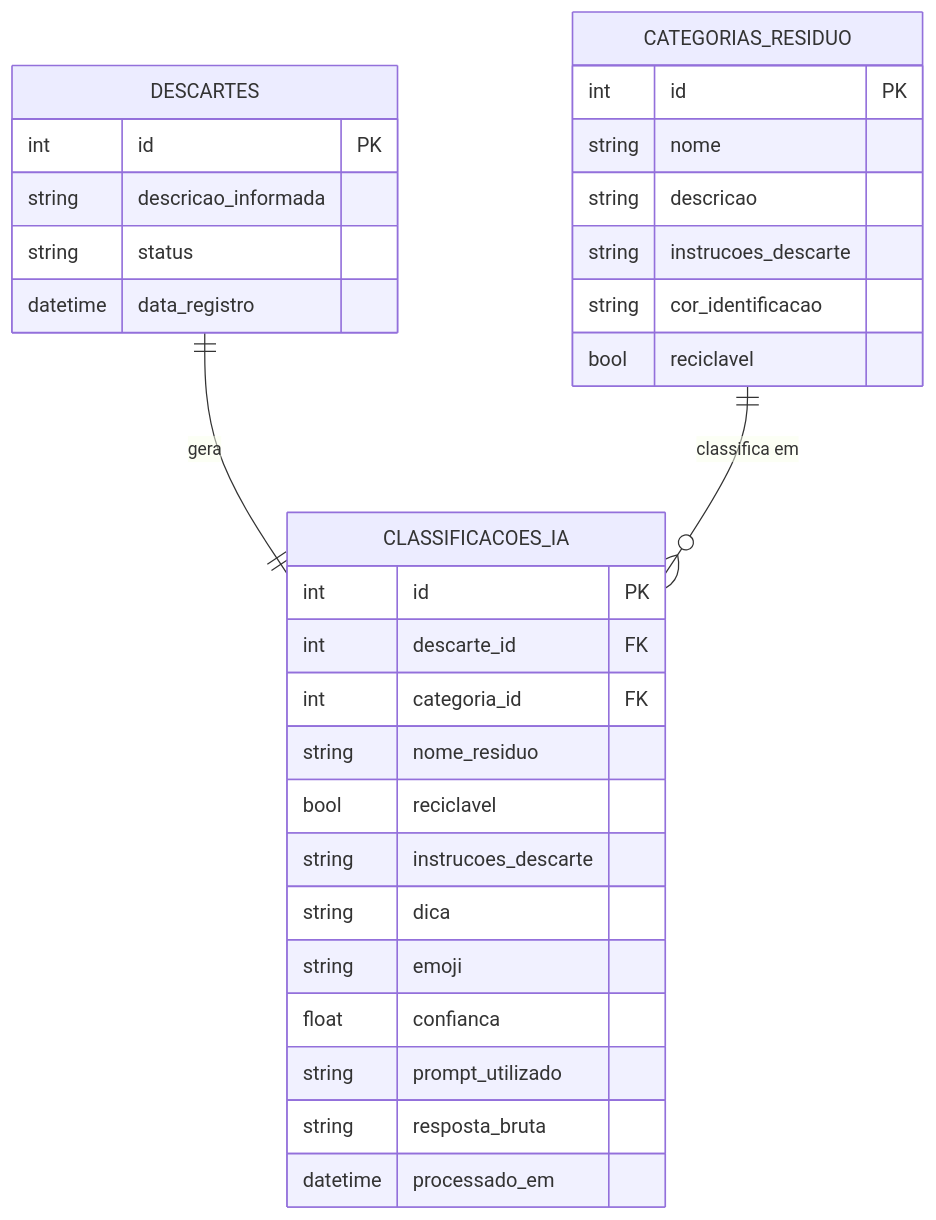
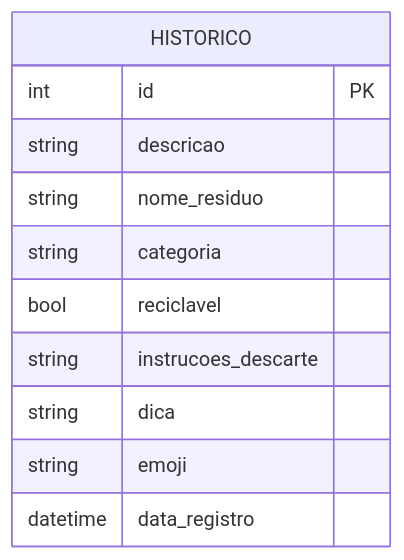
Before and after one commit to gabrielroliveira98-cell/App-DescarteIA: the diagram in docs/diagrama-banco-de-dados.md, drawn with Mermaid. The commit also changed other lines of this file and 12 other files, not shown here.

Commit message:
Atualiza os diagramas (C4, classes, banco, casos de uso, sequencia) pra bater com o backend novo

````diff
--- a/docs/diagrama-banco-de-dados.md
+++ b/docs/diagrama-banco-de-dados.md
@@ -5,36 +5,14 @@
 ```mermaid
 erDiagram
-    DESCARTES {
+    HISTORICO {
         int id PK
-        string descricao_informada
-        string status
-        datetime data_registro
-    }
-
-    CLASSIFICACOES_IA {
-        int id PK
-        int descarte_id FK
-        int categoria_id FK
+        string descricao
         string nome_residuo
+        string categoria
         bool reciclavel
         string instrucoes_descarte
         string dica
         string emoji
-        float confianca
-        string prompt_utilizado
-        string resposta_bruta
-        datetime processado_em
+        datetime data_registro
     }
-
-    CATEGORIAS_RESIDUO {
-        int id PK
-        string nome
-        string descricao
-        string instrucoes_descarte
-        string cor_identificacao
-        bool reciclavel
-    }
-
-    DESCARTES ||--|| CLASSIFICACOES_IA : "gera"
-    CATEGORIAS_RESIDUO ||--o{ CLASSIFICACOES_IA : "classifica em"
 ```
````
